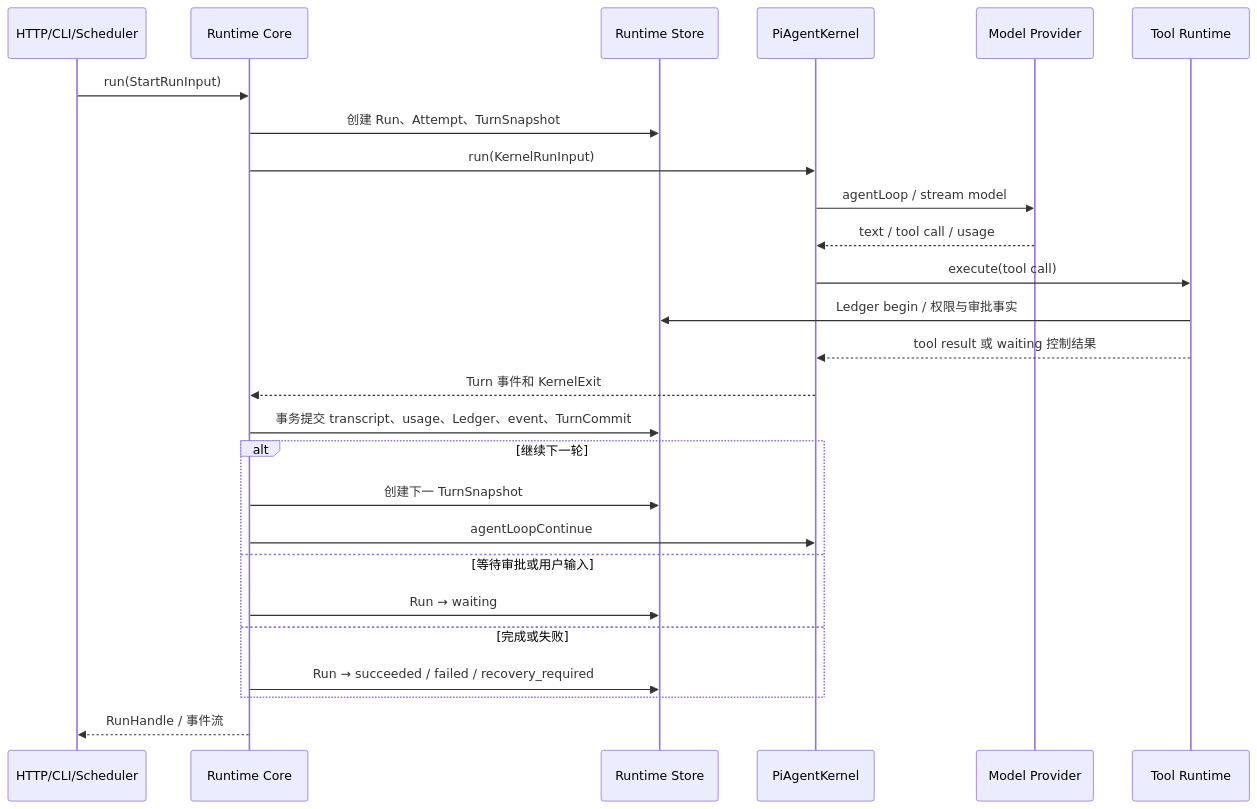
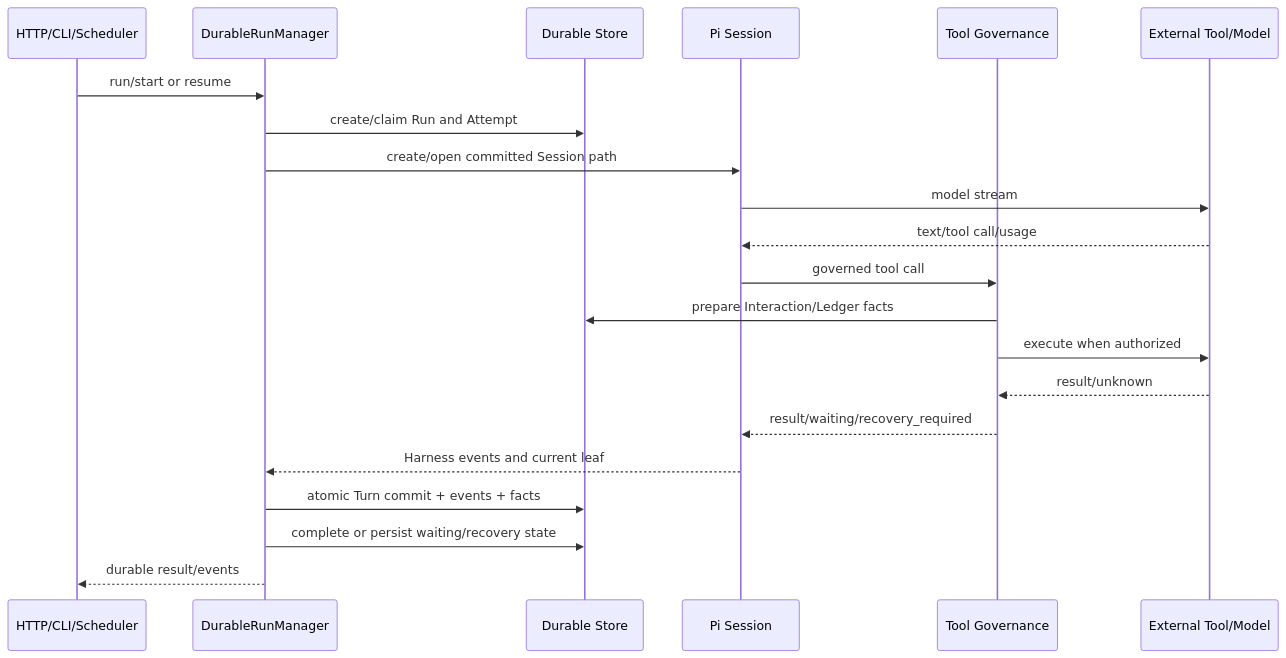
Before and after one commit to Wpxknight/agentdemo: the second of 3 diagrams in docs/design/12-pi-integration-plan.md, drawn with Mermaid. The commit also changed other lines of this file and 17 other files, not shown here.

````diff
--- a/docs/design/12-pi-integration-plan.md
+++ b/docs/design/12-pi-integration-plan.md
@@ -164,29 +143,24 @@
 ```mermaid
 sequenceDiagram
-    participant C as HTTP/CLI/Scheduler
-    participant R as Runtime Core
-    participant S as Runtime Store
-    participant K as PiAgentKernel
-    participant M as Model Provider
-    participant T as Tool Runtime
+  participant C as HTTP/CLI/Scheduler
+  participant R as DurableRunManager
+  participant S as Durable Store
+  participant P as Pi Session
+  participant G as Tool Governance
+  participant E as External Tool/Model
 
-    C->>R: run(StartRunInput)
-    R->>S: 创建 Run、Attempt、TurnSnapshot
-    R->>K: run(KernelRunInput)
-    K->>M: agentLoop / stream model
-    M-->>K: text / tool call / usage
-    K->>T: execute(tool call)
-    T->>S: Ledger begin / 权限与审批事实
-    T-->>K: tool result 或 waiting 控制结果
-    K-->>R: Turn 事件和 KernelExit
-    R->>S: 事务提交 transcript、usage、Ledger、event、TurnCommit
-    alt 继续下一轮
-        R->>S: 创建下一 TurnSnapshot
-        R->>K: agentLoopContinue
-    else 等待审批或用户输入
-        R->>S: Run → waiting
-    else 完成或失败
-        R->>S: Run → succeeded / failed / recovery_required
-    end
-    R-->>C: RunHandle / 事件流
+  C->>R: run/start or resume
+  R->>S: create/claim Run and Attempt
+  R->>P: create/open committed Session path
+  P->>E: model stream
+  E-->>P: text/tool call/usage
+  P->>G: governed tool call
+  G->>S: prepare Interaction/Ledger facts
+  G->>E: execute when authorized
+  E-->>G: result/unknown
+  G-->>P: result/waiting/recovery_required
+  P-->>R: Harness events and current leaf
+  R->>S: atomic Turn commit + events + facts
+  R->>S: complete or persist waiting/recovery state
+  R-->>C: durable result/events
 ```
````
